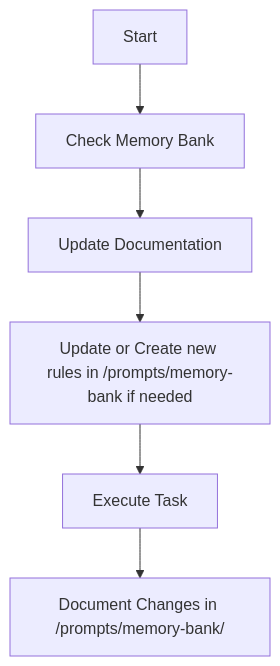
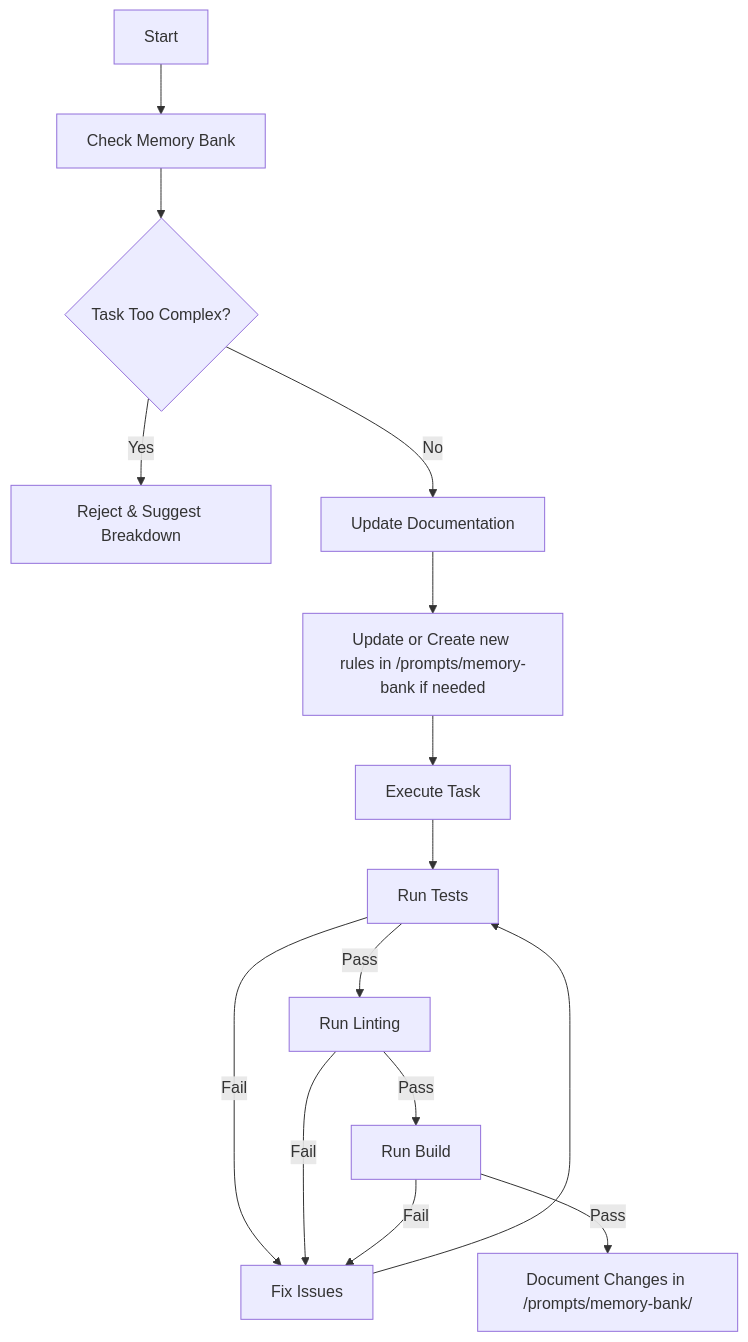
The third of 5 diagrams in prompts/instructions.md (joemaddalone/hactar), drawn with Mermaid before and after one commit. The commit also changed other lines of this file, not shown here.

````diff
--- a/prompts/instructions.md
+++ b/prompts/instructions.md
@@ -89,8 +121,23 @@
 ```mermaid
 flowchart TD
     Start[Start] --> Context[Check Memory Bank]
-    Context --> Update[Update Documentation]
+    Context --> Complexity{Task Too Complex?}
+
+    Complexity -->|Yes| Reject[Reject & Suggest Breakdown]
+    Complexity -->|No| Update[Update Documentation]
+
     Update --> Rules[Update or Create new rules in /prompts/memory-bank if needed]
     Rules --> Execute[Execute Task]
-    Execute --> Document[Document Changes in /prompts/memory-bank/]
+    Execute --> TestGate[Run Tests]
+
+    TestGate -->|Fail| Fix[Fix Issues]
+    TestGate -->|Pass| LintGate[Run Linting]
+
+    LintGate -->|Fail| Fix
+    LintGate -->|Pass| BuildGate[Run Build]
+
+    BuildGate -->|Fail| Fix
+    BuildGate -->|Pass| Document[Document Changes in /prompts/memory-bank/]
+
+    Fix --> TestGate
 ```
````
